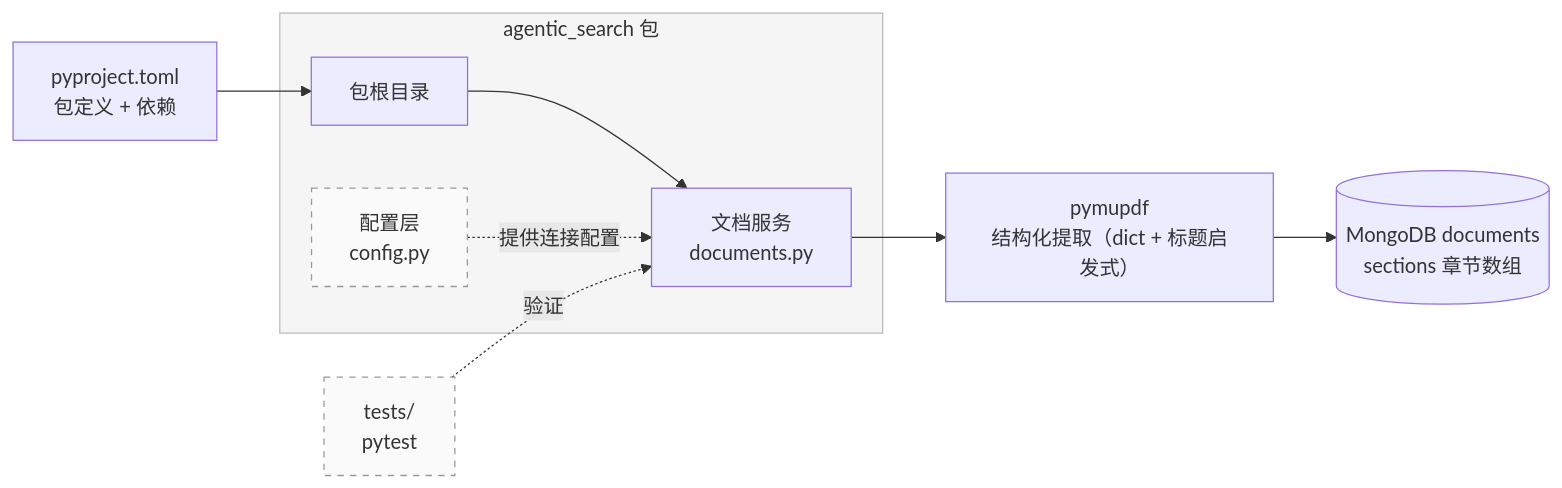
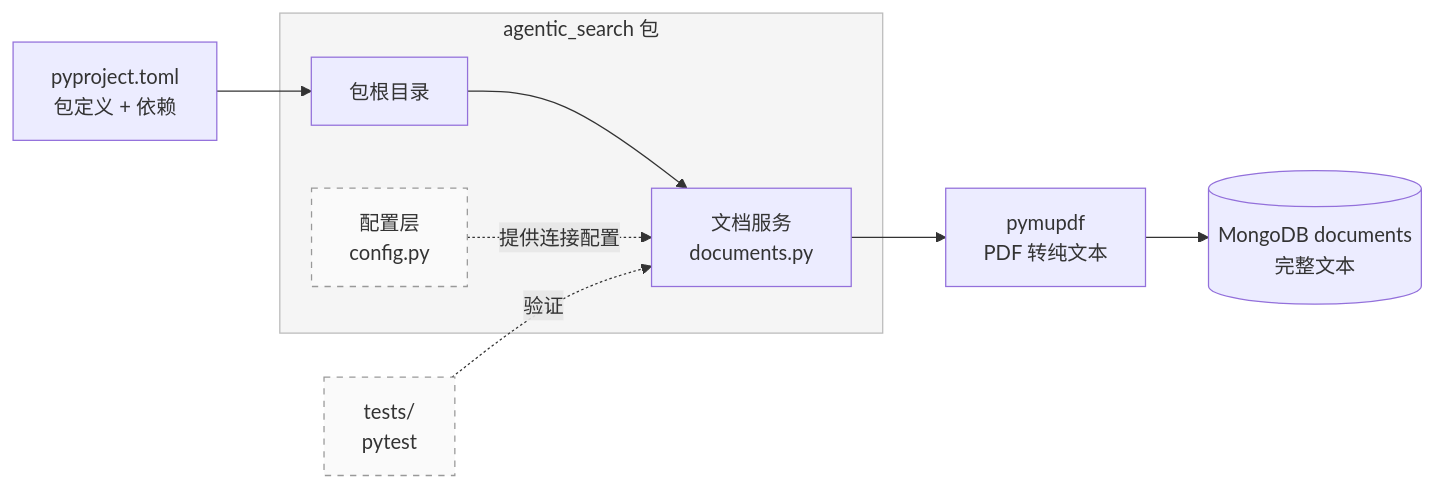
One commit to 00-DS/Agentic-Search changed the diagram in 任务文档/01-Python文档工具.md. Above: the diagram before and after it, drawn with Mermaid. The commit also changed other lines of this file, not shown here.

Commit message:
docs(01): 零预处理——删 section 切分，parse_pdf 改 get_text(text)，schema 扁平化

````diff
--- a/任务文档/01-Python文档工具.md
+++ b/任务文档/01-Python文档工具.md
@@ -97,17 +95,17 @@
 ```mermaid
 graph LR
     Pyproject["pyproject.toml<br/>包定义 + 依赖"] --> Pkg
     subgraph Box["agentic_search 包"]
         Pkg["包根目录"]
         Services["文档服务<br/>documents.py"]
         Core["配置层<br/>config.py"]
     end
     Pkg --> Services
-    Services --> Pymupdf["pymupdf<br/>结构化提取（dict + 标题启发式）"]
-    Pymupdf --> Docs[("MongoDB documents<br/>sections 章节数组")]
+    Services --> Pymupdf["pymupdf<br/>PDF 转纯文本"]
+    Pymupdf --> Docs[("MongoDB documents<br/>完整文本")]
     Core -.->|"提供连接配置"| Services
     Tests["tests/<br/>pytest"] -.->|"验证"| Services
     classDef aux fill:#fafafa,stroke:#999,stroke-dasharray: 5 5
     class Core,Tests aux
     style Box fill:#f5f5f5,stroke:#bbb
 ```
````
